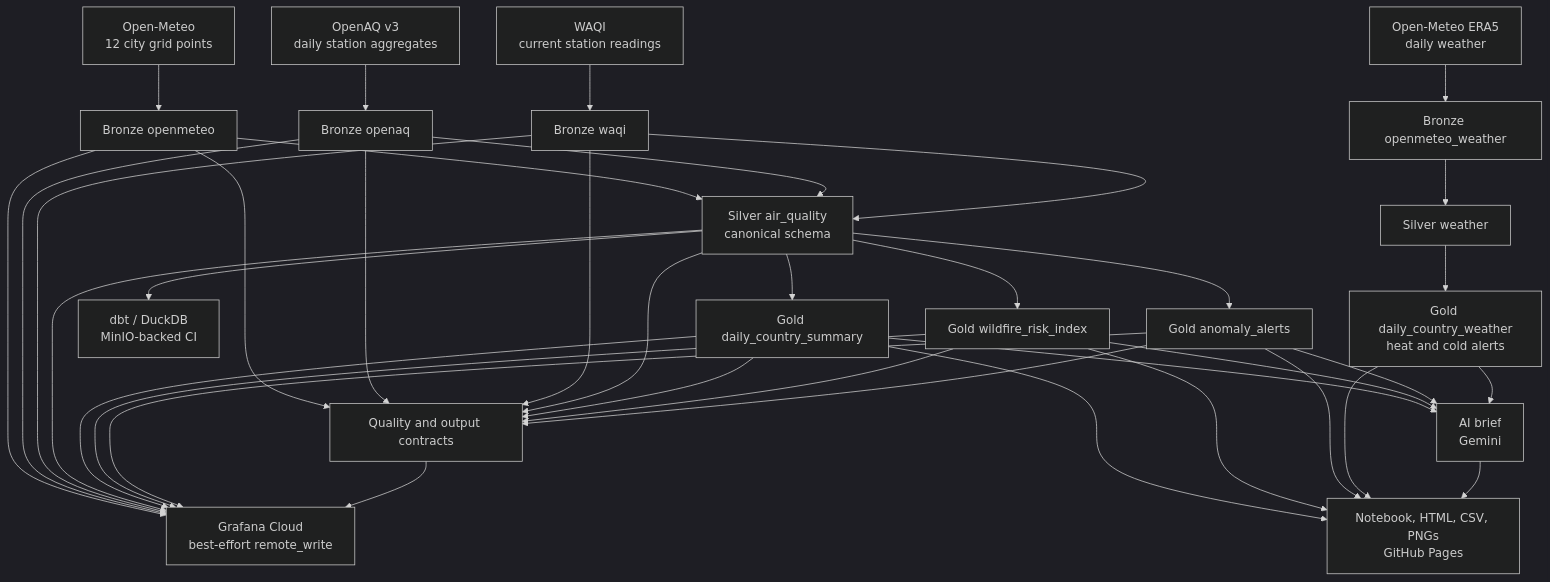
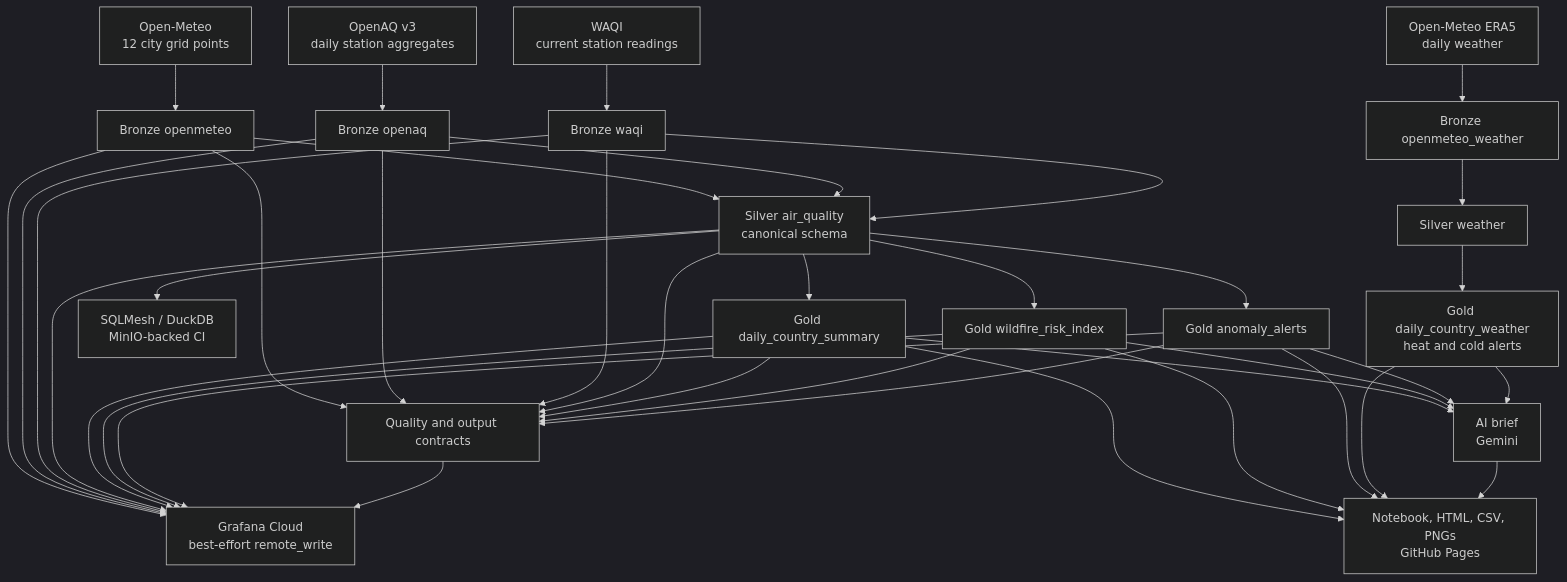
Before and after one commit to ReguiguiMohamed/MediterraneanWillForge: the diagram in docs/architecture.md, drawn with Mermaid (dark theme). The commit also changed other lines of this file and 27 other files, not shown here.

First line of the commit message:
feat(sqlmesh): replace the dbt layer with SQLMesh on DuckDB

````diff
--- a/docs/architecture.md
+++ b/docs/architecture.md
@@ -10,40 +10,40 @@
 ```mermaid
 flowchart TD
     OM["Open-Meteo<br/>12 city grid points"]
     OA["OpenAQ v3<br/>daily station aggregates"]
     WQ["WAQI<br/>current station readings"]
     OW["Open-Meteo ERA5<br/>daily weather"]
 
     BO["Bronze openmeteo"]
     BA["Bronze openaq"]
     BW["Bronze waqi"]
     BX["Bronze openmeteo_weather"]
     SI["Silver air_quality<br/>canonical schema"]
     SX["Silver weather"]
     GD["Gold daily_country_summary"]
     GW["Gold wildfire_risk_index"]
     GA["Gold anomaly_alerts"]
     GX["Gold daily_country_weather<br/>heat and cold alerts"]
     AI["AI brief<br/>Gemini"]
     Q["Quality and output contracts"]
-    DBT["dbt / DuckDB<br/>MinIO-backed CI"]
+    DBT["SQLMesh / DuckDB<br/>MinIO-backed CI"]
     GC["Grafana Cloud<br/>best-effort remote_write"]
     RP["Notebook, HTML, CSV, PNGs<br/>GitHub Pages"]
 
     OM --> BO
     OA --> BA
     WQ --> BW
     OW --> BX
     BX --> SX
     SX --> GX
     BO & BA & BW --> SI
     SI --> GD
     SI --> GW
     SI --> GA
     BO & BA & BW & SI --> Q
     GD & GW & GA --> Q
     SI --> DBT
     BO & BA & BW & SI & GD & GW & GA & Q --> GC
     GD & GW & GA & GX --> AI
     GD & GW & GA & GX & AI --> RP
 ```
````
